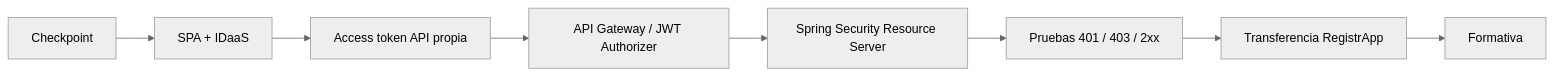
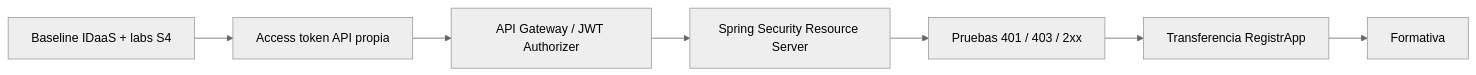
Before and after one commit to cmartinezs/DSY1107-DESARROLLO-CLOUD-NATIVE-I-2026-2: the diagram in semanas/semana-05/DSY1107-003D.md, drawn with Mermaid (neutral theme). The commit also changed other lines of this file, not shown here.

Commit message:
docs(dsy1107): ajustar entrada 003D a baseline IDaaS esperado

````diff
--- a/semanas/semana-05/DSY1107-003D.md
+++ b/semanas/semana-05/DSY1107-003D.md
@@ -20,10 +21,9 @@
 ```mermaid
 flowchart LR
-    A[Checkpoint] --> B[SPA + IDaaS]
-    B --> C[Access token API propia]
-    C --> D[API Gateway / JWT Authorizer]
-    D --> E[Spring Security Resource Server]
-    E --> F[Pruebas 401 / 403 / 2xx]
-    F --> G[Transferencia RegistrApp]
-    G --> H[Formativa]
+    A[Baseline IDaaS + labs S4] --> B[Access token API propia]
+    B --> C[API Gateway / JWT Authorizer]
+    C --> D[Spring Security Resource Server]
+    D --> E[Pruebas 401 / 403 / 2xx]
+    E --> F[Transferencia RegistrApp]
+    F --> G[Formativa]
 ```
````
